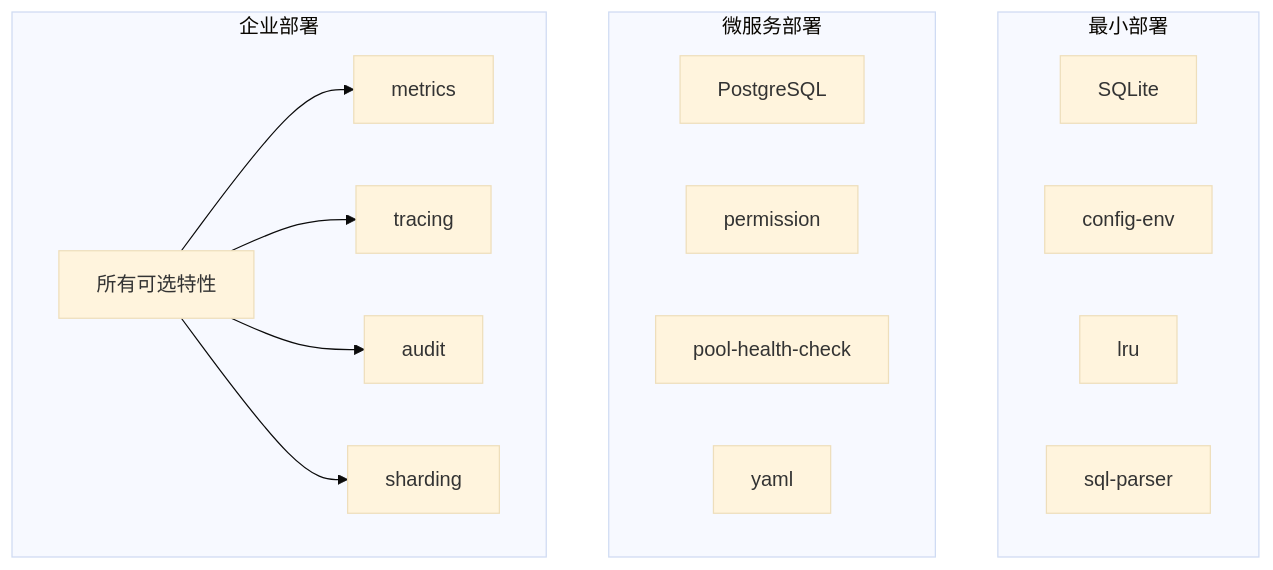
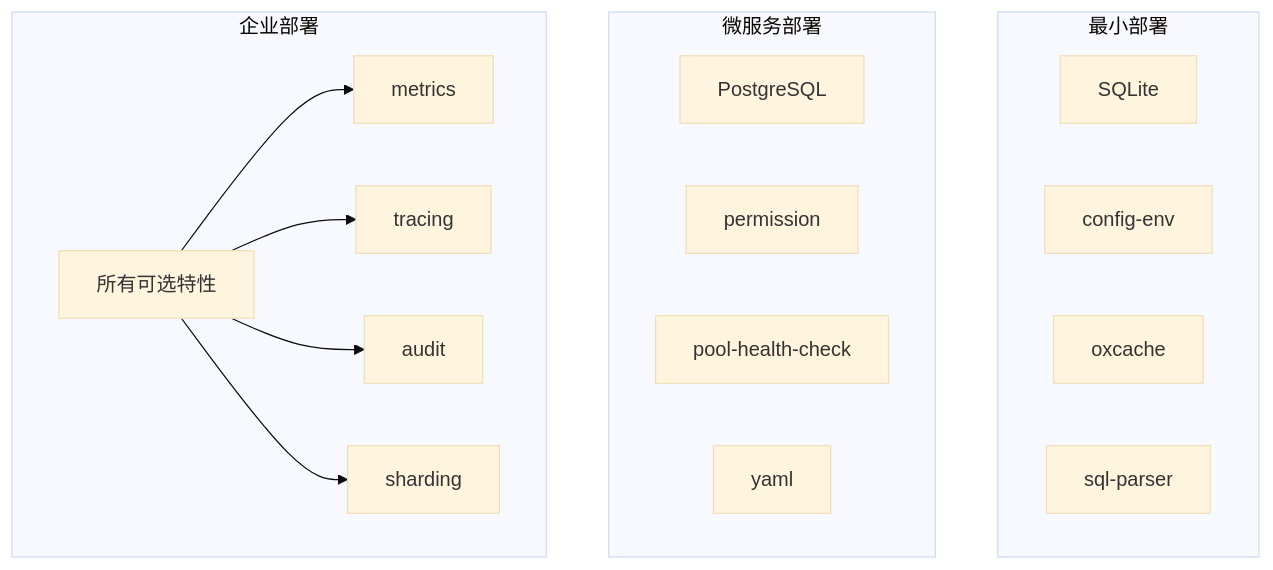
One commit to Kirky-X/dbnexus changed the ninth of 9 diagrams in docs/ARCHITECTURE.md. Above: the diagram before and after it, drawn with Mermaid (base theme). The commit also changed other lines of this file and 1 other file, not shown here.

First line of the commit message:
docs: 修复 USER_GUIDE/ARCHITECTURE 中遗留的版本号和依赖信息

````diff
--- a/docs/ARCHITECTURE.md
+++ b/docs/ARCHITECTURE.md
@@ -674,29 +674,29 @@
 ```mermaid
 graph TD
     subgraph Minimal["最小部署"]
         SQLite[SQLite]
         config_env[config-env]
-        lru[lru]
+        oxcache[oxcache]
         sql_parser[sql-parser]
     end
 
     subgraph Microservice["微服务部署"]
         PostgreSQL[PostgreSQL]
         permission[permission]
         pool_health_check[pool-health-check]
         config_yaml[yaml]
     end
 
     subgraph Enterprise["企业部署"]
         AllFeatures[所有可选特性]
         metrics[metrics]
         tracing[tracing]
         audit[audit]
         sharding[sharding]
     end
 
     AllFeatures --> metrics
     AllFeatures --> tracing
     AllFeatures --> audit
     AllFeatures --> sharding
 ```
````
